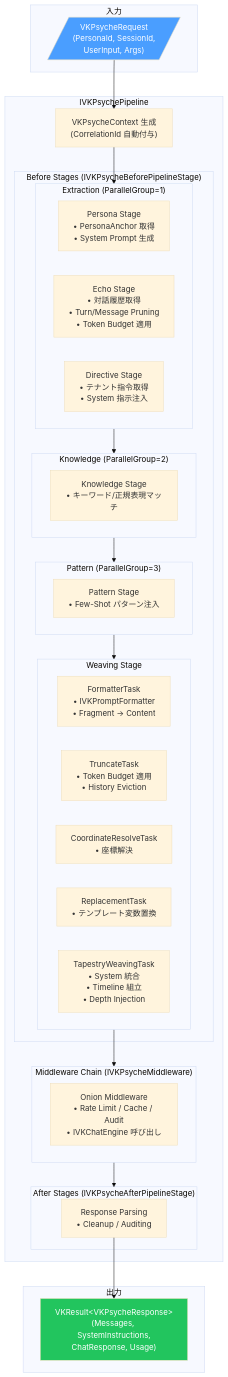
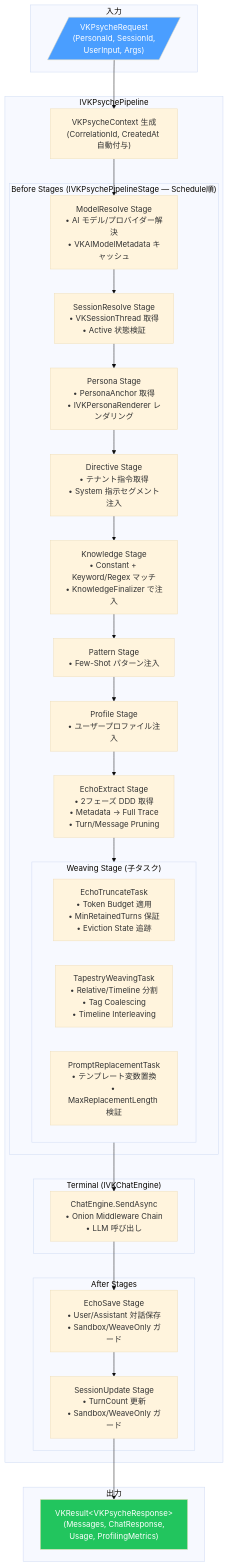
Before and after one commit to ViktorLK/VK-Common-BE: the diagram in src/BuildingBlocks/AI.Psyche/README.md, drawn with Mermaid (base theme). The commit also changed other lines of this file and 65 other files, not shown here.

````diff
--- a/src/BuildingBlocks/AI.Psyche/README.md
+++ b/src/BuildingBlocks/AI.Psyche/README.md
@@ -38,59 +39,49 @@
 ```mermaid
 flowchart TB
     subgraph Input ["入力"]
         REQ[/"VKPsycheRequest<br/>(PersonaId, SessionId,<br/>UserInput, Args)"/]
     end
 
     subgraph Pipeline ["IVKPsychePipeline"]
-        REQ --> CTX["VKPsycheContext 生成<br/>(CorrelationId 自動付与)"]
+        REQ --> CTX["VKPsycheContext 生成<br/>(CorrelationId, CreatedAt 自動付与)"]
 
-        subgraph Before ["Before Stages (IVKPsycheBeforePipelineStage)"]
-            subgraph Extraction ["Extraction (ParallelGroup=1)"]
-                direction LR
-                PERSONA["Persona Stage<br/>• PersonaAnchor 取得<br/>• System Prompt 生成"]
-                ECHO["Echo Stage<br/>• 対話履歴取得<br/>• Turn/Message Pruning<br/>• Token Budget 適用"]
-                DIRECTIVE["Directive Stage<br/>• テナント指令取得<br/>• System 指示注入"]
-            end
+        subgraph Before ["Before Stages (IVKPsychePipelineStage — Schedule順)"]
+            MODEL["ModelResolve Stage<br/>• AI モデル/プロバイダー解決<br/>• VKAIModelMetadata キャッシュ"]
+            SESSION["SessionResolve Stage<br/>• VKSessionThread 取得<br/>• Active 状態検証"]
+            PERSONA["Persona Stage<br/>• PersonaAnchor 取得<br/>• IVKPersonaRenderer レンダリング"]
+            DIRECTIVE["Directive Stage<br/>• テナント指令取得<br/>• System 指示セグメント注入"]
+            KNOWLEDGE["Knowledge Stage<br/>• Constant + Keyword/Regex マッチ<br/>• KnowledgeFinalizer で注入"]
+            PATTERN["Pattern Stage<br/>• Few-Shot パターン注入"]
+            PROFILE["Profile Stage<br/>• ユーザープロファイル注入"]
+            ECHO["EchoExtract Stage<br/>• 2フェーズ DDD 取得<br/>• Metadata → Full Trace<br/>• Turn/Message Pruning"]
 
-            subgraph KnowledgePhase ["Knowledge (ParallelGroup=2)"]
-                KNOWLEDGE["Knowledge Stage<br/>• キーワード/正規表現マッチ"]
-            end
-
-            subgraph PatternPhase ["Pattern (ParallelGroup=3)"]
-                PATTERN["Pattern Stage<br/>• Few-Shot パターン注入"]
-            end
-
-            subgraph WeavingPhase ["Weaving Stage"]
-                FORMAT["FormatterTask<br/>• IVKPromptFormatter<br/>• Fragment → Content"]
-                TRUNC["TruncateTask<br/>• Token Budget 適用<br/>• History Eviction"]
-                COORD["CoordinateResolveTask<br/>• 座標解決"]
-                REPLACE["ReplacementTask<br/>• テンプレート変数置換"]
-                TAPESTRY["TapestryWeavingTask<br/>• System 統合<br/>• Timeline 組立<br/>• Depth Injection"]
+            subgraph WeavingPhase ["Weaving Stage (子タスク)"]
+                TRUNC["EchoTruncateTask<br/>• Token Budget 適用<br/>• MinRetainedTurns 保証<br/>• Eviction State 追跡"]
+                TAPESTRY["TapestryWeavingTask<br/>• Relative/Timeline 分割<br/>• Tag Coalescing<br/>• Timeline Interleaving"]
+                REPLACE["PromptReplacementTask<br/>• テンプレート変数置換<br/>• MaxReplacementLength 検証"]
             end
         end
 
-        CTX --> Extraction
-        Extraction --> KnowledgePhase
-        KnowledgePhase --> PatternPhase
-        PatternPhase --> WeavingPhase
+        CTX --> MODEL --> SESSION --> PERSONA --> DIRECTIVE --> KNOWLEDGE --> PATTERN --> PROFILE --> ECHO --> WeavingPhase
 
-        subgraph MWChain ["Middleware Chain (IVKPsycheMiddleware)"]
-            MW["Onion Middleware<br/>• Rate Limit / Cache / Audit<br/>• IVKChatEngine 呼び出し"]
+        subgraph Terminal ["Terminal (IVKChatEngine)"]
+            CHAT["ChatEngine.SendAsync<br/>• Onion Middleware Chain<br/>• LLM 呼び出し"]
         end
 
-        WeavingPhase --> MWChain
+        WeavingPhase --> CHAT
 
-        subgraph After ["After Stages (IVKPsycheAfterPipelineStage)"]
-            AFTER["Response Parsing<br/>• Cleanup / Auditing"]
+        subgraph After ["After Stages"]
+            ECHOSAVE["EchoSave Stage<br/>• User/Assistant 対話保存<br/>• Sandbox/WeaveOnly ガード"]
+            SESSIONUPDATE["SessionUpdate Stage<br/>• TurnCount 更新<br/>• Sandbox/WeaveOnly ガード"]
         end
 
-        MWChain --> After
+        CHAT --> ECHOSAVE --> SESSIONUPDATE
     end
 
     subgraph Output ["出力"]
-        AFTER --> RESULT["VKResult&lt;VKPsycheResponse&gt;<br/>(Messages, SystemInstructions,<br/>ChatResponse, Usage)"]
+        SESSIONUPDATE --> RESULT["VKResult&lt;VKPsycheResponse&gt;<br/>(Messages, ChatResponse,<br/>Usage, ProfilingMetrics)"]
     end
 
     style REQ fill:#4a9eff,color:#fff
     style RESULT fill:#22c55e,color:#fff
 ```
````
